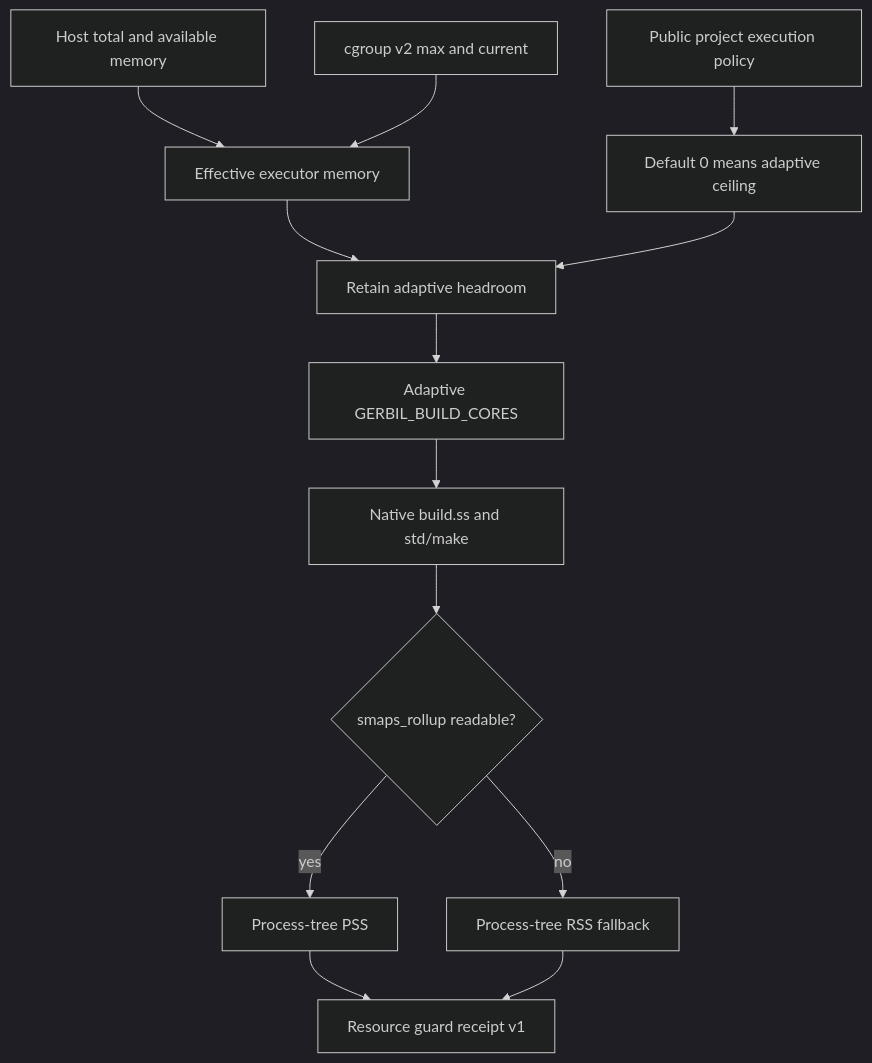
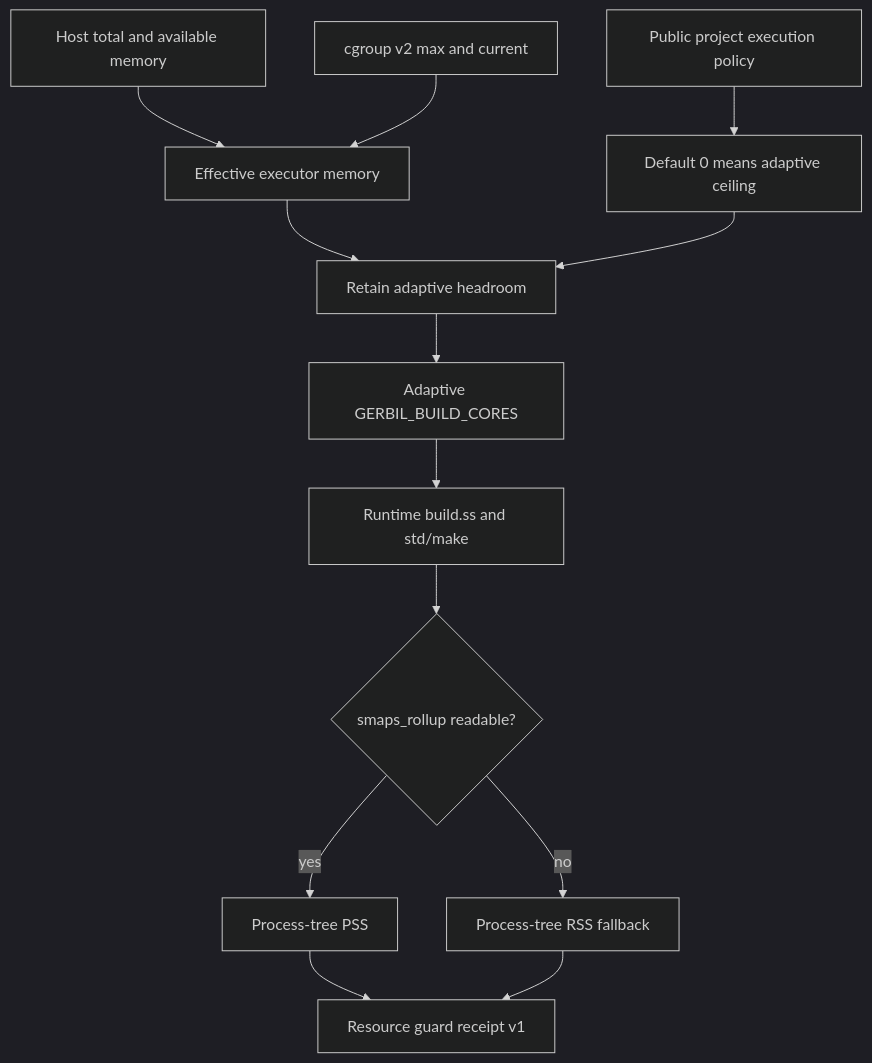
One commit to tao3k/gebril-yuanxu changed diagram 16 of 20 in module-system/design/156-gerbil-bazel-pr29-downstream-performance-receipt.org. Above: the diagram before and after it, drawn with Mermaid (dark theme). The commit also changed other lines of this file and 1469 other files, not shown here.

First line of the commit message:
refactor: consolidate module runtime and build interfaces

```diff
--- a/module-system/design/156-gerbil-bazel-pr29-downstream-performance-receipt.org
+++ b/module-system/design/156-gerbil-bazel-pr29-downstream-performance-receipt.org
@@ -1211,15 +1211,15 @@
 #+begin_src mermaid
 flowchart TD
   Policy["Public project execution policy"] --> Adaptive["Default 0 means adaptive ceiling"]
   Host["Host total and available memory"] --> Effective["Effective executor memory"]
   Cgroup["cgroup v2 max and current"] --> Effective
   Effective --> Headroom["Retain adaptive headroom"]
   Adaptive --> Headroom
   Headroom --> Workers["Adaptive GERBIL_BUILD_CORES"]
-  Workers --> Native["Native build.ss and std/make"]
-  Native --> Probe{"smaps_rollup readable?"}
+  Workers --> Runtime["Runtime build.ss and std/make"]
+  Runtime --> Probe{"smaps_rollup readable?"}
   Probe -->|"yes"| PSS["Process-tree PSS"]
   Probe -->|"no"| RSS["Process-tree RSS fallback"]
   PSS --> Receipt["Resource guard receipt v1"]
   RSS --> Receipt
 #+end_src
```
